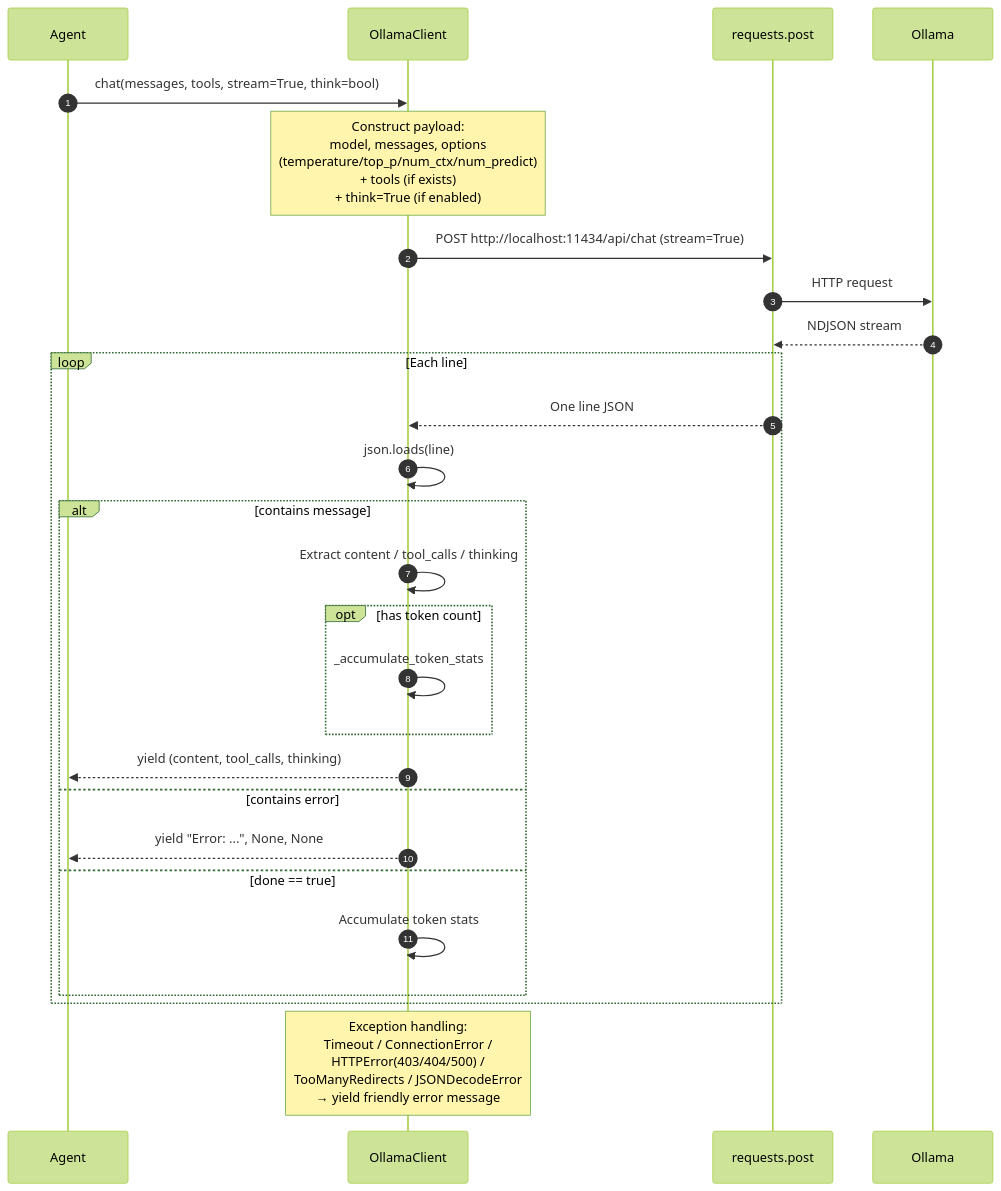
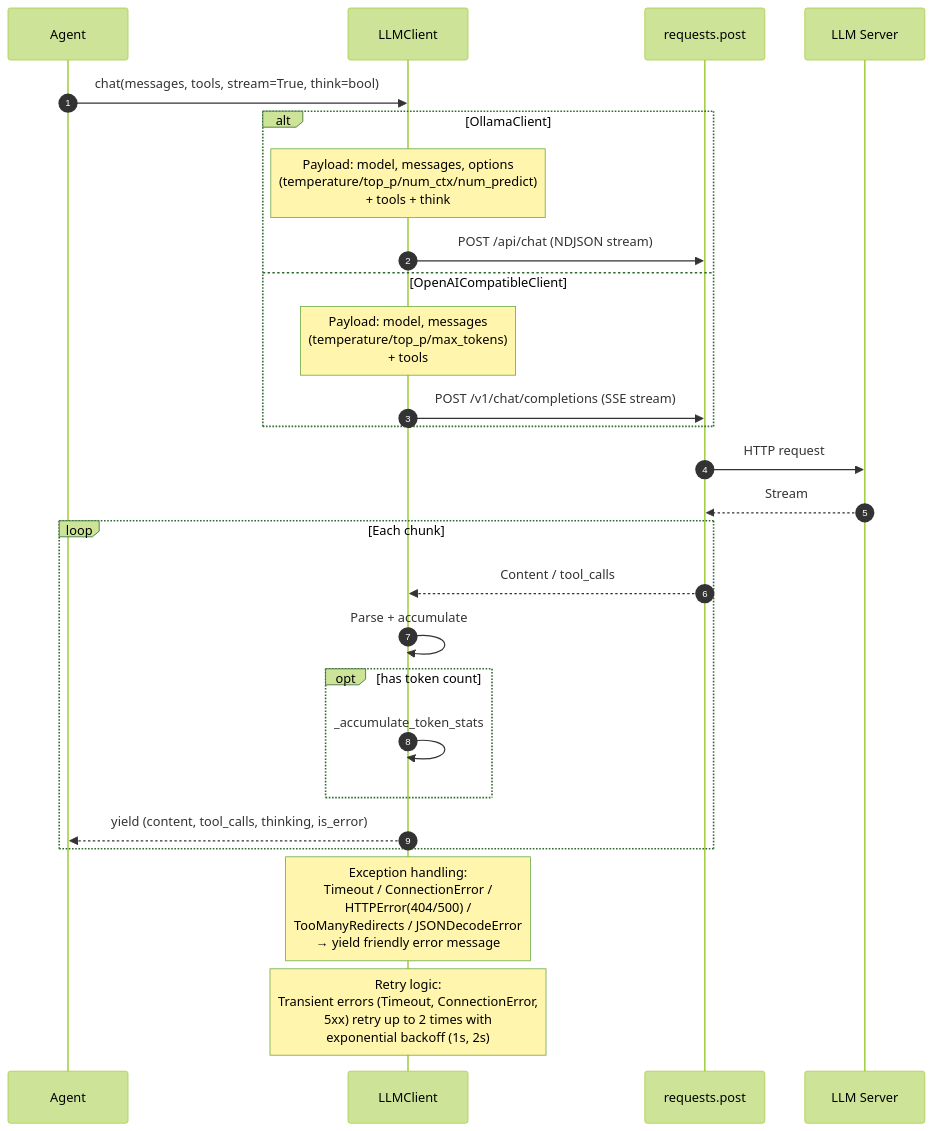
One commit to lg841226/Gradum changed the ninth of 14 diagrams in docs/ARCHITECTURE.md. Above: the diagram before and after it, drawn with Mermaid (forest theme). The commit also changed other lines of this file and 7 other files, not shown here.

````diff
--- a/docs/ARCHITECTURE.md
+++ b/docs/ARCHITECTURE.md
@@ -738,33 +773,34 @@
 ```mermaid
 sequenceDiagram
     autonumber
     participant A as Agent
-    participant C as OllamaClient
+    participant C as LLMClient
     participant R as requests.post
-    participant O as Ollama
+    participant O as LLM Server
 
     A->>C: chat(messages, tools, stream=True, think=bool)
-    Note over C: Construct payload:<br/>model, messages, options<br/>(temperature/top_p/num_ctx/num_predict)<br/>+ tools (if exists)<br/>+ think=True (if enabled)
 
-    C->>R: POST http://localhost:11434/api/chat (stream=True)
-    R->>O: HTTP request
-    O-->>R: NDJSON stream
-
-    loop Each line
-        R-->>C: One line JSON
-        C->>C: json.loads(line)
-        alt contains message
-            C->>C: Extract content / tool_calls / thinking
-            opt has token count
-                C->>C: _accumulate_token_stats
-            end
-            C-->>A: yield (content, tool_calls, thinking)
-        else contains error
-            C-->>A: yield "Error: ...", None, None
-        else done == true
-            C->>C: Accumulate token stats
-        end
+    alt OllamaClient
+        Note over C: Payload: model, messages, options<br/>(temperature/top_p/num_ctx/num_predict)<br/>+ tools + think
+        C->>R: POST /api/chat (NDJSON stream)
+    else OpenAICompatibleClient
+        Note over C: Payload: model, messages<br/>(temperature/top_p/max_tokens)<br/>+ tools
+        C->>R: POST /v1/chat/completions (SSE stream)
     end
 
-    Note over C: Exception handling:<br/>Timeout / ConnectionError /<br/>HTTPError(403/404/500) /<br/>TooManyRedirects / JSONDecodeError<br/>→ yield friendly error message
+    R->>O: HTTP request
+    O-->>R: Stream
+
+    loop Each chunk
+        R-->>C: Content / tool_calls
+        C->>C: Parse + accumulate
+        opt has token count
+            C->>C: _accumulate_token_stats
+        end
+        C-->>A: yield (content, tool_calls, thinking, is_error)
+    end
+
+    Note over C: Exception handling:<br/>Timeout / ConnectionError /<br/>HTTPError(404/500) /<br/>TooManyRedirects / JSONDecodeError<br/>→ yield friendly error message
+
+Note over C: Retry logic:<br/>Transient errors (Timeout, ConnectionError,<br/>5xx) retry up to 2 times with<br/>exponential backoff (1s, 2s)
 ```
````
